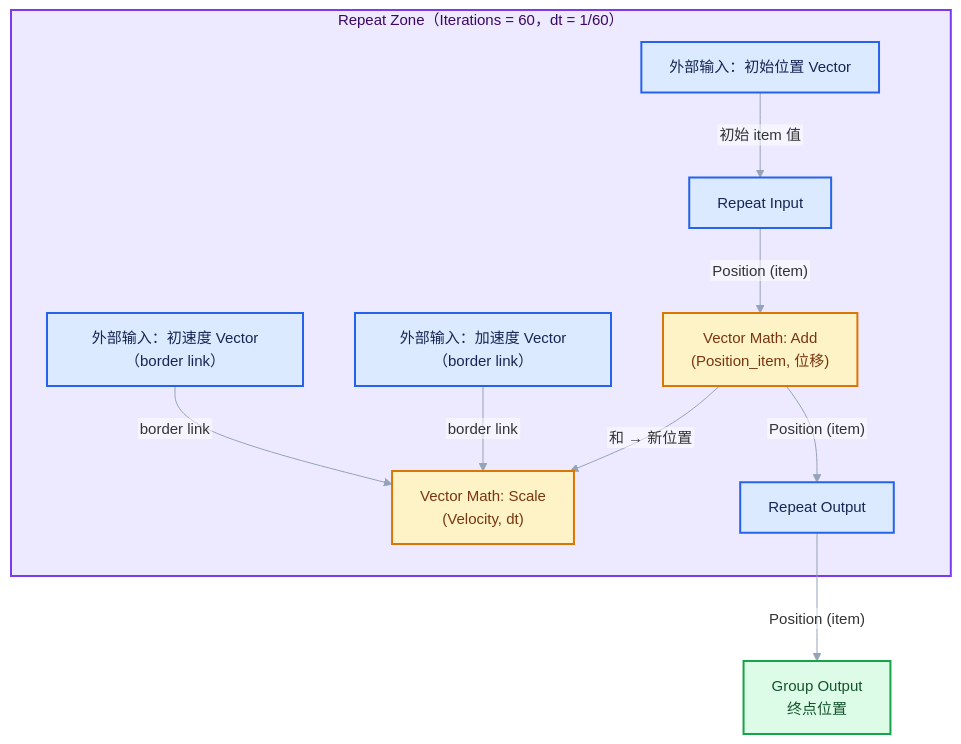
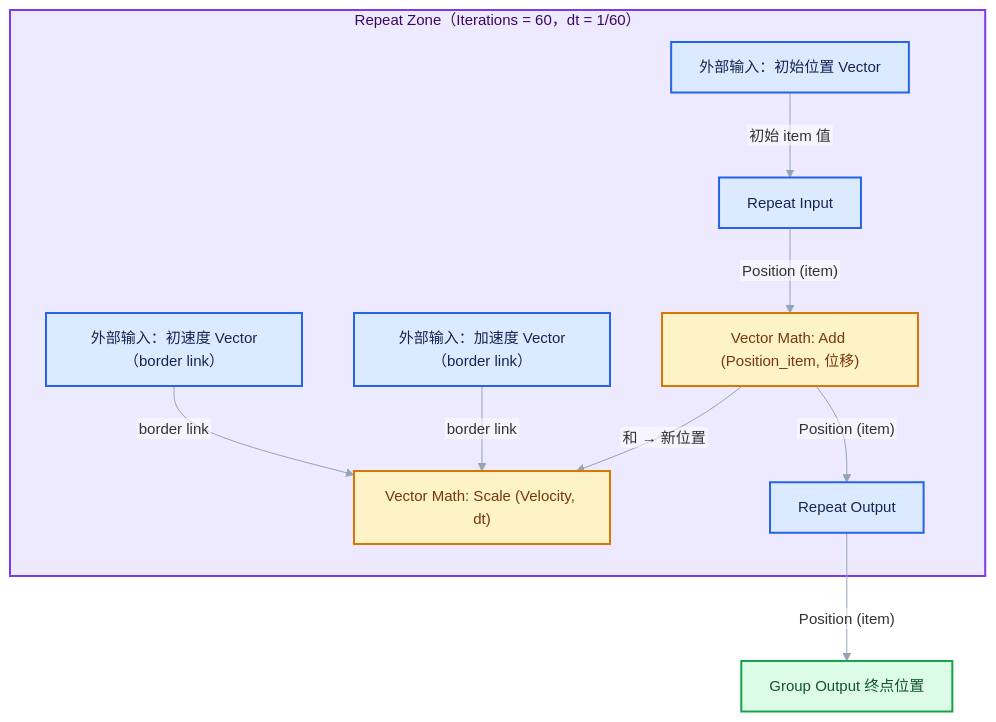
Before and after one commit to yunkezengren/blender-.vscode: the second of 16 diagrams in 杂/markdown/重复区域-dsh/06-实战与性能/01-使用模式与迭代设计.md, drawn with Mermaid. The commit also changed other lines of this file and 27 other files, not shown here.

````diff
--- a/杂/markdown/重复区域-dsh/06-实战与性能/01-使用模式与迭代设计.md
+++ b/杂/markdown/重复区域-dsh/06-实战与性能/01-使用模式与迭代设计.md
@@ -174,31 +168,31 @@
 ```mermaid
 %%{init: {"theme":"base","themeVariables":{"fontFamily":"\"Segoe UI\",\"Microsoft YaHei\",sans-serif","fontSize":"15px","lineColor":"#94A3B8","edgeLabelBackground":"#FFFFFF","clusterBkg":"#F8FAFC","clusterBorder":"#CBD5E1"},"flowchart":{"htmlLabels":false,"curve":"basis","nodeSpacing":52,"rankSpacing":64,"padding":14,"diagramPadding":16,"useMaxWidth":true},"sequence":{"useMaxWidth":true,"wrap":true,"mirrorActors":false,"messageMargin":36}}}%%
 flowchart TB
     subgraph ZONE["Repeat Zone（Iterations = 60，dt = 1/60）"]
         RI["Repeat Input"]:::input
         RO["Repeat Output"]:::input
 
         IN_POS["外部输入：初始位置 Vector"]:::input
         IN_VEL["外部输入：初速度 Vector（border link）"]:::input
         IN_ACC["外部输入：加速度 Vector（border link）"]:::input
 
-        CALC["Vector Math: Scale<br/>(Velocity, dt)"]:::compute
-        CALC2["Vector Math: Add<br/>(Position_item, 位移)"]:::compute
+        CALC["Vector Math: Scale (Velocity, dt)"]:::compute
+        CALC2["Vector Math: Add (Position_item, 位移)"]:::compute
 
         RI -- "Position (item)" --> CALC2
         IN_VEL -- "border link" --> CALC
         IN_ACC -- "border link" --> CALC
         CALC2 -- "和 → 新位置" --> CALC
         CALC2 -- "Position (item)" --> RO
     end
     IN_POS -- "初始 item 值" --> RI
-    RO -- "Position (item)" --> OUT["Group Output<br/>终点位置"]:::result
+    RO -- "Position (item)" --> OUT["Group Output 终点位置"]:::result
 
     class ZONE abstraction;
     classDef input fill:#DBEAFE,stroke:#2563EB,color:#172554,stroke-width:2px;
     classDef data fill:#CFFAFE,stroke:#0891B2,color:#164E63,stroke-width:2px;
     classDef abstraction fill:#EDE9FE,stroke:#7C3AED,color:#3B0764,stroke-width:2px;
     classDef compute fill:#FEF3C7,stroke:#D97706,color:#78350F,stroke-width:2px;
     classDef result fill:#DCFCE7,stroke:#16A34A,color:#14532D,stroke-width:2px;
     classDef error fill:#FEE2E2,stroke:#DC2626,color:#7F1D1D,stroke-width:2px;
 ```
````
